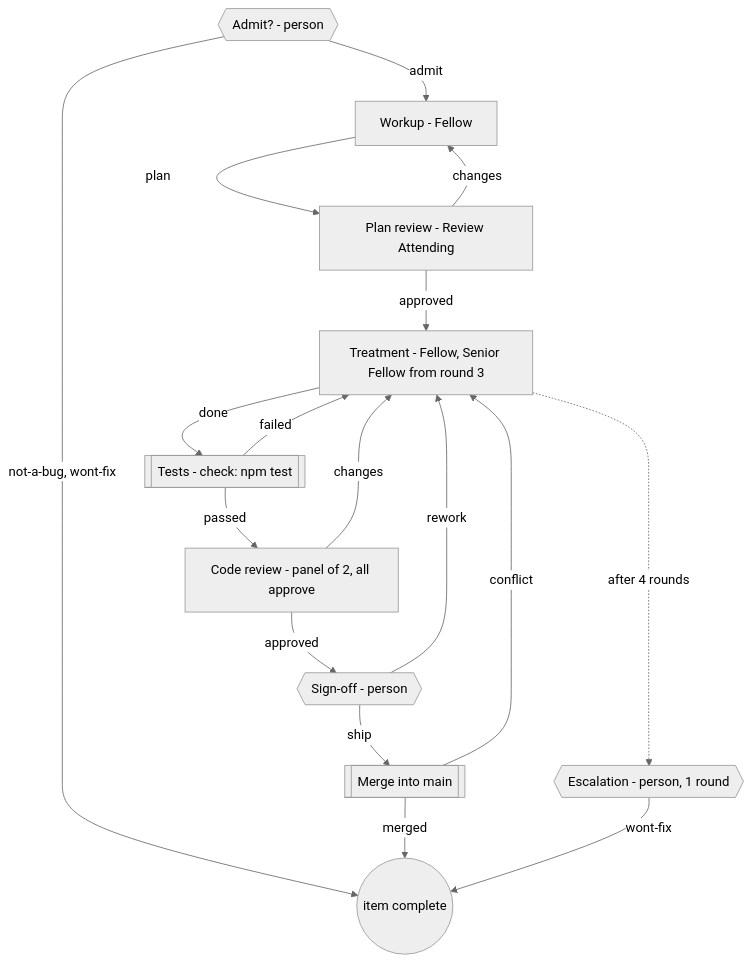
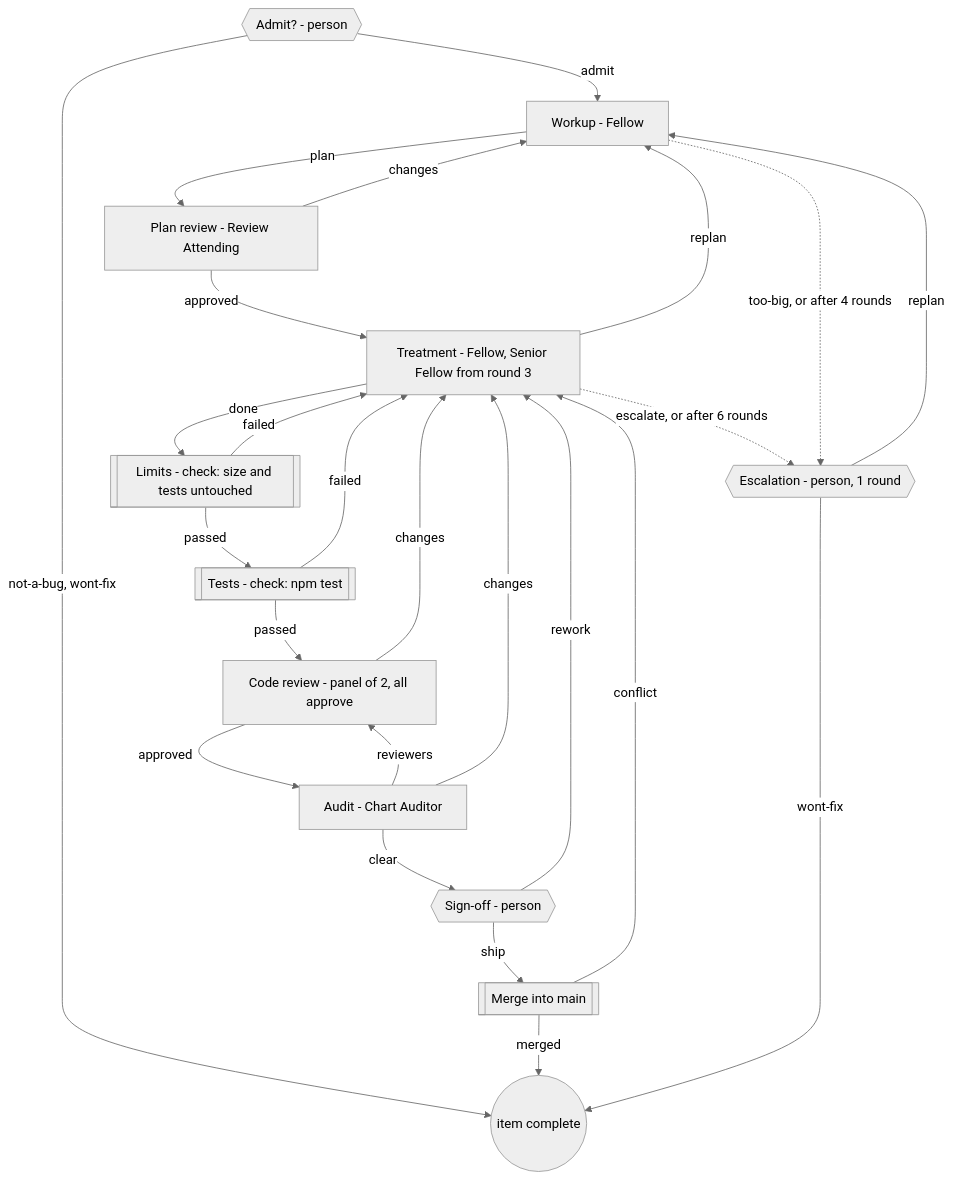
The second of 4 diagrams in docs/internals/workflows.md (Sculptured/Sculptured), drawn with Mermaid (neutral theme) before and after one commit. The commit also changed 5 other files, not shown here.

````diff
--- a/docs/internals/workflows.md
+++ b/docs/internals/workflows.md
@@ -85,19 +85,27 @@
 ```mermaid
 flowchart TD
   AD{{"Admit? - person"}} -- admit --> WU["Workup - Fellow"]
   AD -- "not-a-bug, wont-fix" --> DONE(("item complete"))
   WU -- plan --> PR["Plan review - Review Attending"]
   PR -- changes --> WU
   PR -- approved --> TR["Treatment - Fellow, Senior Fellow from round 3"]
-  TR -- done --> TS[["Tests - check: npm test"]]
+  TR -- replan --> WU
+  TR -- done --> LM[["Limits - check: size and tests untouched"]]
+  LM -- failed --> TR
+  LM -- passed --> TS[["Tests - check: npm test"]]
   TS -- failed --> TR
   TS -- passed --> CR["Code review - panel of 2, all approve"]
   CR -- changes --> TR
-  CR -- approved --> SO{{"Sign-off - person"}}
+  CR -- approved --> AU["Audit - Chart Auditor"]
+  AU -- reviewers --> CR
+  AU -- changes --> TR
+  AU -- clear --> SO{{"Sign-off - person"}}
   SO -- rework --> TR
   SO -- ship --> MG[["Merge into main"]]
   MG -- conflict --> TR
   MG -- merged --> DONE
-  TR -. "after 4 rounds" .-> ES{{"Escalation - person, 1 round"}}
+  TR -. "escalate, or after 6 rounds" .-> ES{{"Escalation - person, 1 round"}}
+  WU -. "too-big, or after 4 rounds" .-> ES
+  ES -- replan --> WU
   ES -- "wont-fix" --> DONE
 ```
````
